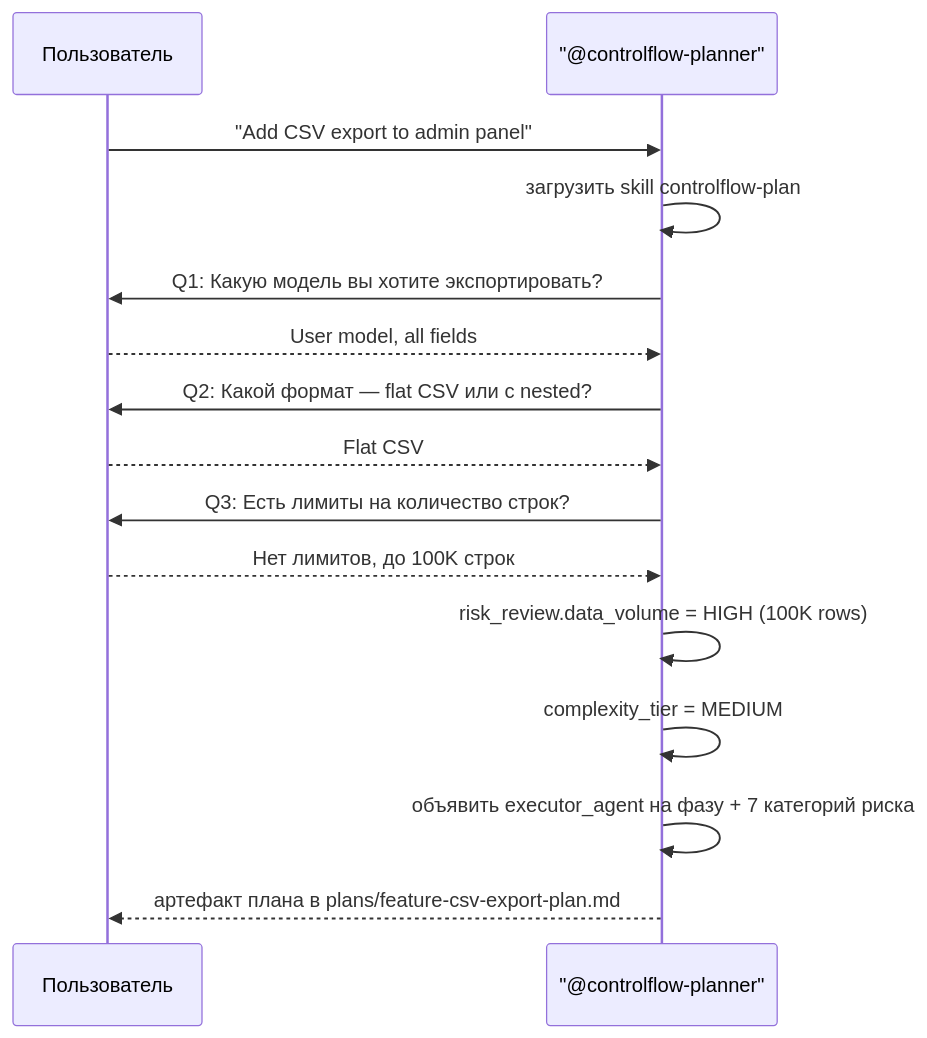
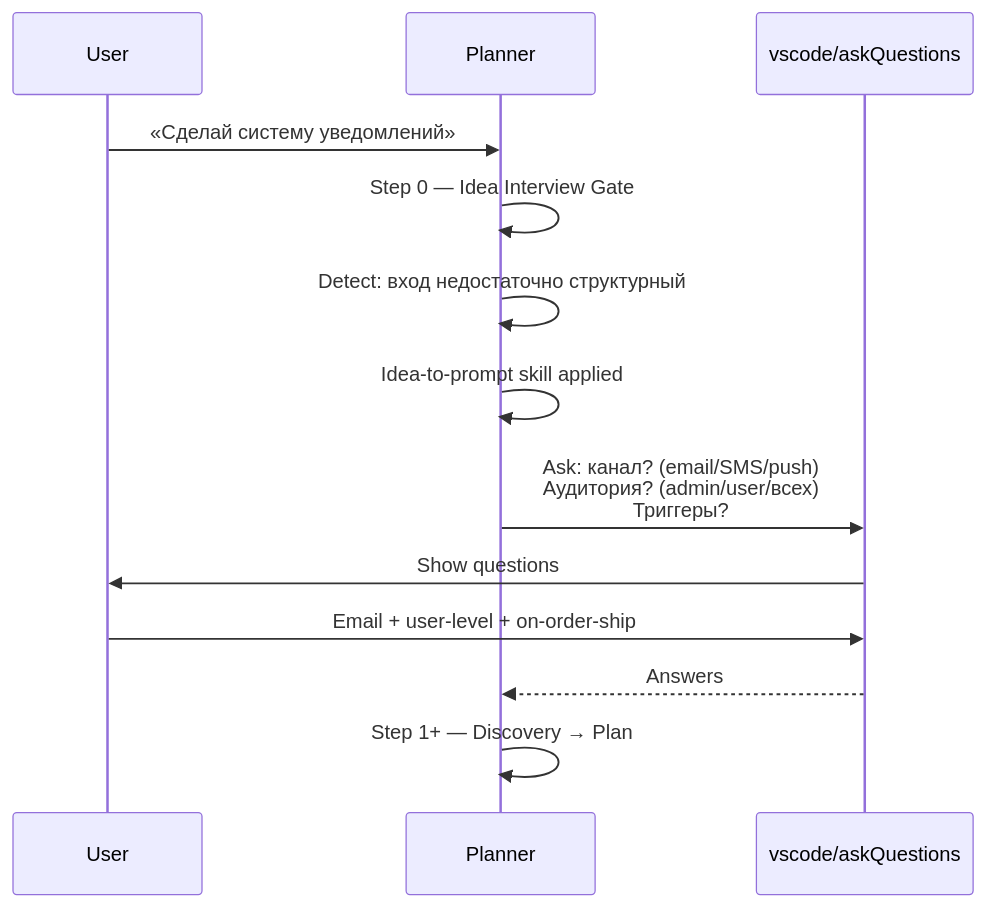
Before and after one commit to Smithbox-ai/ControlFlow: the first of 4 diagrams in docs/tutorial-ru/15-case-studies.md, drawn with Mermaid. The commit also changed other lines of this file and 416 other files, not shown here.

````diff
--- a/docs/tutorial-ru/15-case-studies.md
+++ b/docs/tutorial-ru/15-case-studies.md
@@ -18,18 +15,16 @@
 ```mermaid
 sequenceDiagram
-    participant U as Пользователь
-    participant P as "@controlflow-planner"
+    participant U as User
+    participant P as Planner
+    participant V as vscode/askQuestions
 
-    U->>P: "Add CSV export to admin panel"
-    P->>P: загрузить skill controlflow-plan
-    P->>U: Q1: Какую модель вы хотите экспортировать?
-    U-->>P: User model, all fields
-    P->>U: Q2: Какой формат — flat CSV или с nested?
-    U-->>P: Flat CSV
-    P->>U: Q3: Есть лимиты на количество строк?
-    U-->>P: Нет лимитов, до 100K строк
-    P->>P: risk_review.data_volume = HIGH (100K rows)
-    P->>P: complexity_tier = MEDIUM
-    P->>P: объявить executor_agent на фазу + 7 категорий риска
-    P-->>U: артефакт плана в plans/feature-csv-export-plan.md
+    U->>P: «Сделай систему уведомлений»
+    P->>P: Step 0 — Idea Interview Gate
+    P->>P: Detect: вход недостаточно структурный
+    P->>P: Idea-to-prompt skill applied
+    P->>V: Ask: канал? (email/SMS/push)<br/>Аудитория? (admin/user/всех)<br/>Триггеры?
+    V->>U: Show questions
+    U->>V: Email + user-level + on-order-ship
+    V-->>P: Answers
+    P->>P: Step 1+ — Discovery → Plan
 ```
````
